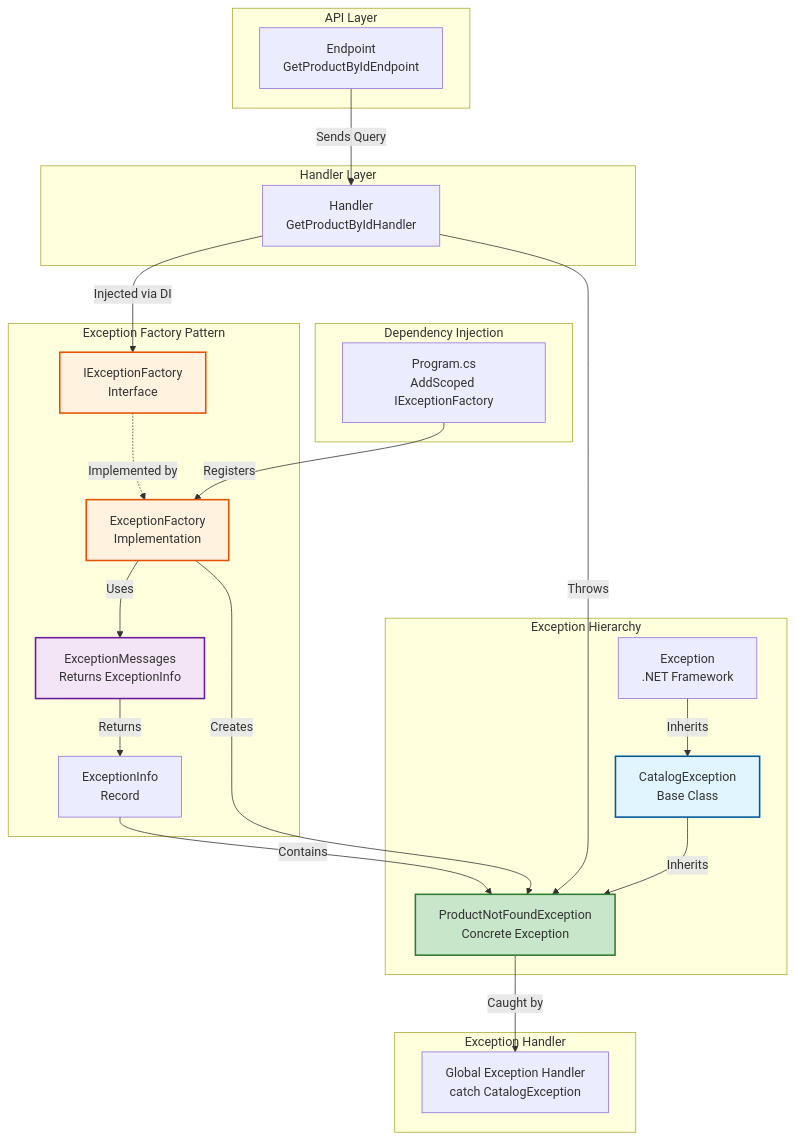
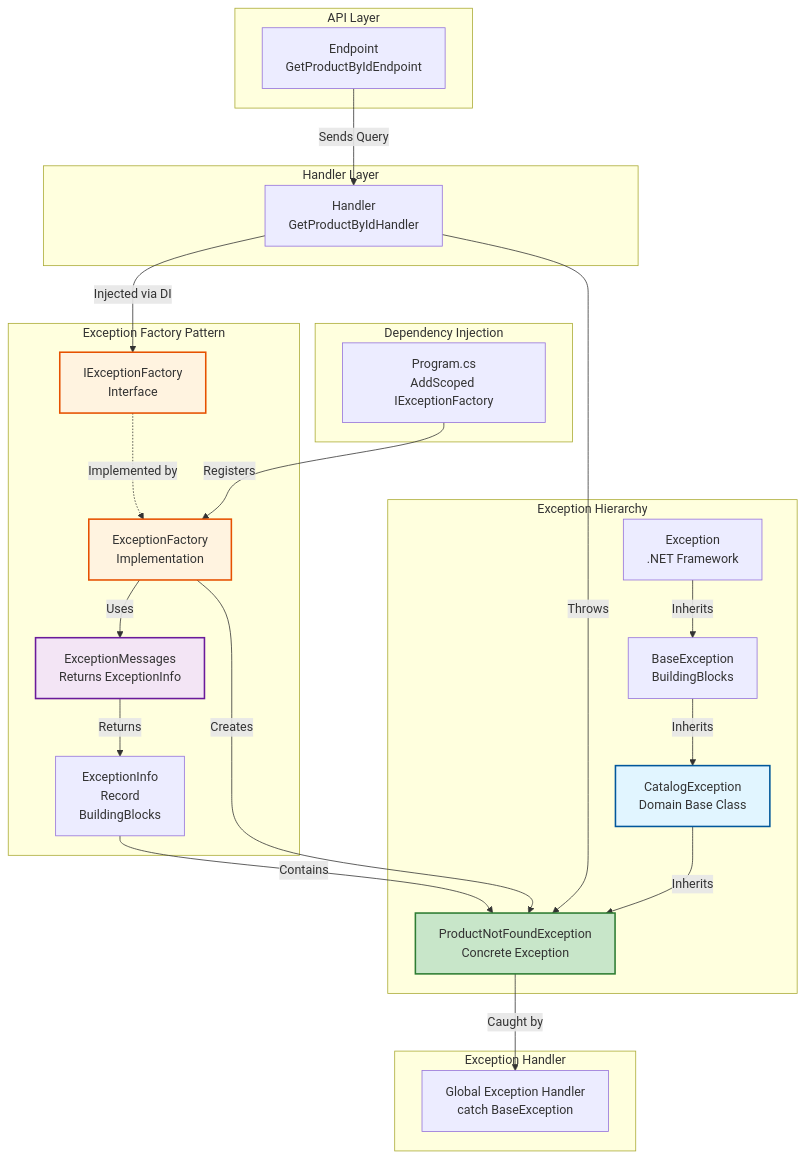
One commit to hamdyyemad/dotnet-microservices-ecommerce changed the first of 5 diagrams in src/Services/Catalog/Catalog.API/Exceptions/README.md. Above: the diagram before and after it, drawn with Mermaid. The commit also changed other lines of this file and 6 other files, not shown here.

First line of the commit message:
feat: Add base exception handling infrastructure for microservices

````diff
--- a/src/Services/Catalog/Catalog.API/Exceptions/README.md
+++ b/src/Services/Catalog/Catalog.API/Exceptions/README.md
@@ -13,51 +15,53 @@
 ```mermaid
 graph TB
     subgraph "API Layer"
         EP[Endpoint<br/>GetProductByIdEndpoint]
     end
 
     subgraph "Handler Layer"
         H[Handler<br/>GetProductByIdHandler]
     end
 
     subgraph "Dependency Injection"
         DI[Program.cs<br/>AddScoped IExceptionFactory]
     end
 
     subgraph "Exception Factory Pattern"
         IF[IExceptionFactory<br/>Interface]
         EF[ExceptionFactory<br/>Implementation]
         EM[ExceptionMessages<br/>Returns ExceptionInfo]
-        EI[ExceptionInfo<br/>Record]
+        EI[ExceptionInfo<br/>Record<br/>BuildingBlocks]
     end
 
     subgraph "Exception Hierarchy"
         EX[Exception<br/>.NET Framework]
-        CE[CatalogException<br/>Base Class]
+        BE[BaseException<br/>BuildingBlocks]
+        CE[CatalogException<br/>Domain Base Class]
         PNF[ProductNotFoundException<br/>Concrete Exception]
     end
 
     subgraph "Exception Handler"
-        EH[Global Exception Handler<br/>catch CatalogException]
+        EH[Global Exception Handler<br/>catch BaseException]
     end
 
     EP -->|Sends Query| H
     H -->|Injected via DI| IF
     IF -.->|Implemented by| EF
     EF -->|Uses| EM
     EM -->|Returns| EI
     EI -->|Contains| PNF
     EF -->|Creates| PNF
     DI -->|Registers| EF
     H -->|Throws| PNF
     PNF -->|Caught by| EH
 
-    EX -->|Inherits| CE
+    EX -->|Inherits| BE
+    BE -->|Inherits| CE
     CE -->|Inherits| PNF
 
     style CE fill:#e1f5ff,stroke:#01579b,stroke-width:2px
     style PNF fill:#c8e6c9,stroke:#2e7d32,stroke-width:2px
     style EF fill:#fff3e0,stroke:#e65100,stroke-width:2px
     style IF fill:#fff3e0,stroke:#e65100,stroke-width:2px
     style EM fill:#f3e5f5,stroke:#6a1b9a,stroke-width:2px
 ```
````
